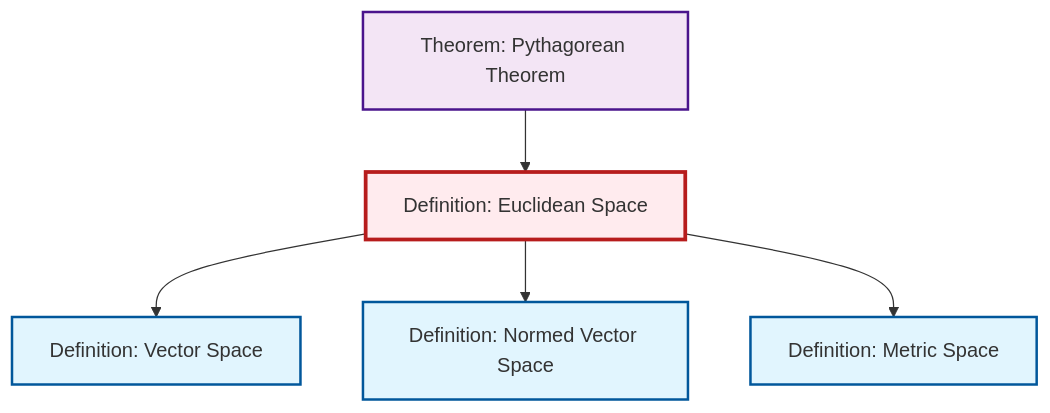
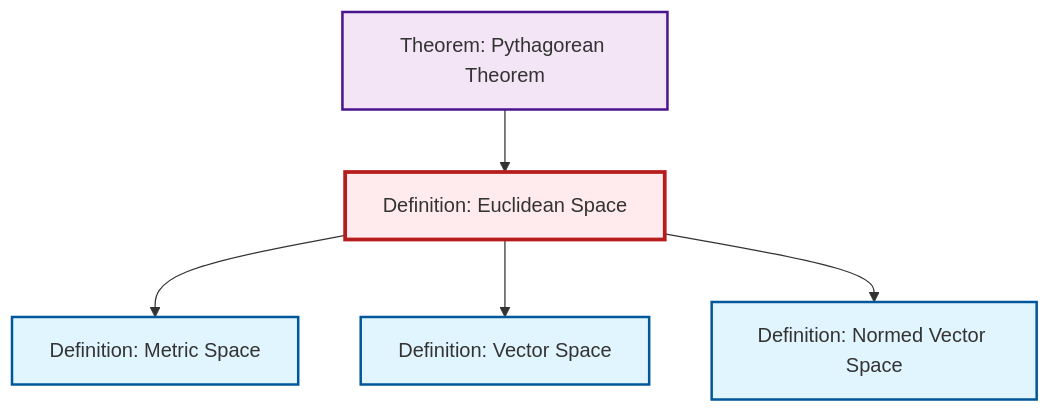
The second of 2 diagrams in content/en/geometry/def-euclidean-space.qmd (RK0429/ModernMath), drawn with Mermaid before and after one commit. The commit also changed other lines of this file and 1069 other files, not shown here.

````diff
--- a/content/en/geometry/def-euclidean-space.qmd
+++ b/content/en/geometry/def-euclidean-space.qmd
@@ -69,23 +69,23 @@
 ```{mermaid}
 %%| fig-cap: "Local dependency graph"
 graph TD
     classDef definition fill:#e1f5fe,stroke:#01579b,stroke-width:2px
     classDef theorem fill:#f3e5f5,stroke:#4a148c,stroke-width:2px
     classDef axiom fill:#fff3e0,stroke:#e65100,stroke-width:2px
     classDef example fill:#e8f5e9,stroke:#1b5e20,stroke-width:2px
     classDef current fill:#ffebee,stroke:#b71c1c,stroke-width:3px
+    def-vector-space["Definition: Vector Space"]:::definition
+    def-metric-space["Definition: Metric Space"]:::definition
+    def-normed-vector-space["Definition: Normed Vector Space"]:::definition
+    thm-pythagorean["Theorem: Pythagorean Theorem"]:::theorem
     def-euclidean-space["Definition: Euclidean Space"]:::definition
-    def-metric-space["Definition: Metric Space"]:::definition
-    thm-pythagorean["Theorem: Pythagorean Theorem"]:::theorem
-    def-normed-vector-space["Definition: Normed Vector Space"]:::definition
-    def-vector-space["Definition: Vector Space"]:::definition
+    def-euclidean-space --> def-metric-space
     def-euclidean-space --> def-vector-space
+    thm-pythagorean --> def-euclidean-space
     def-euclidean-space --> def-normed-vector-space
-    def-euclidean-space --> def-metric-space
-    thm-pythagorean --> def-euclidean-space
     class def-euclidean-space current
+    click def-vector-space "def-vector-space.html" "Go to Vector Space definition"
     click def-metric-space "def-metric-space.html" "Go to Metric Space definition"
+    click def-normed-vector-space "def-normed-vector-space.html" "Go to Normed Vector Space definition"
     click thm-pythagorean "thm-pythagorean.html" "Go to Pythagorean Theorem theorem"
-    click def-normed-vector-space "def-normed-vector-space.html" "Go to Normed Vector Space definition"
-    click def-vector-space "def-vector-space.html" "Go to Vector Space definition"
 ```
````
